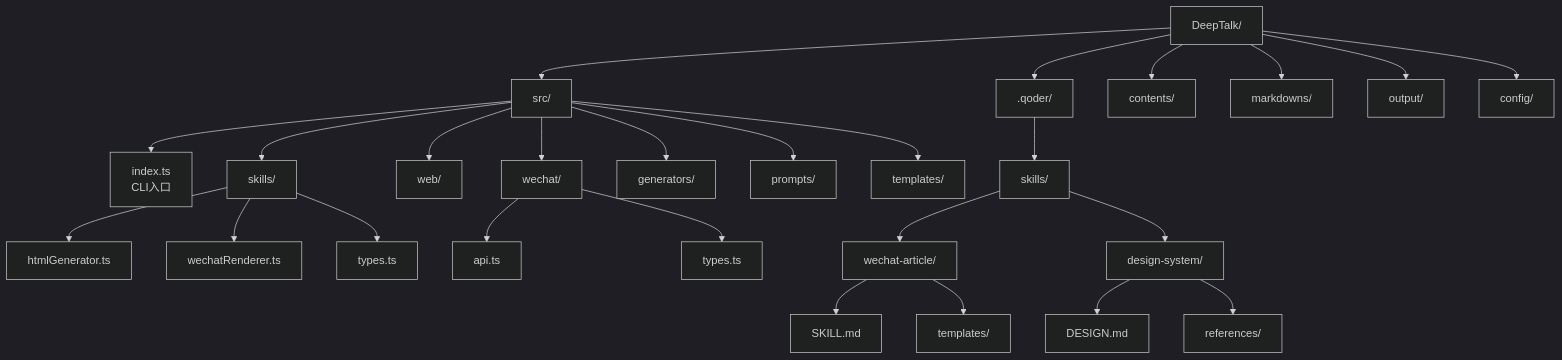
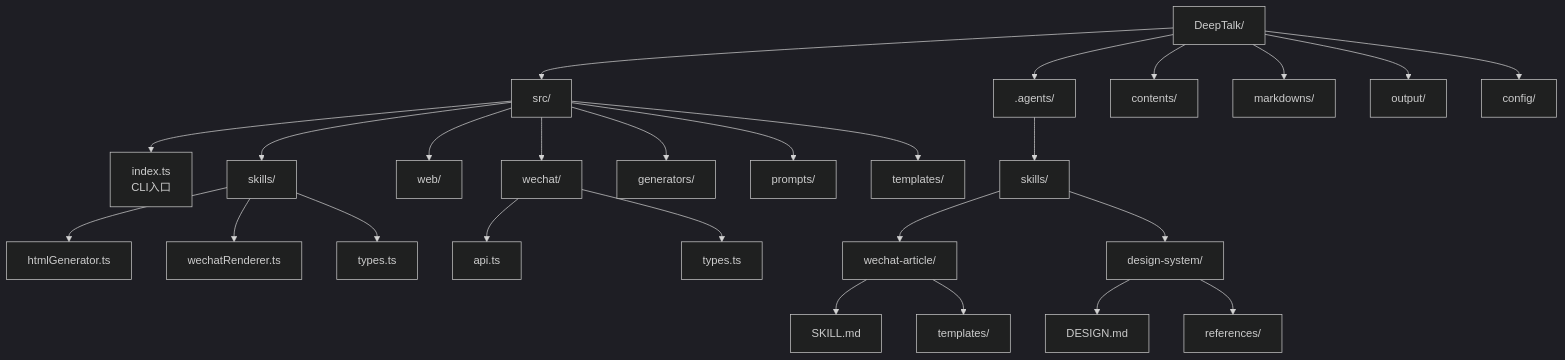
The fourth of 6 diagrams in ARCHITECTURE.md (honwhy/DeepTalk), drawn with Mermaid (dark theme) before and after one commit. The commit also changed other lines of this file and 4 other files, not shown here.

````diff
--- a/ARCHITECTURE.md
+++ b/ARCHITECTURE.md
@@ -142,34 +142,34 @@
 ```mermaid
 graph TD
     ROOT[DeepTalk/] --> SRC[src/]
-    ROOT --> QODER[.qoder/]
+    ROOT --> QODER[.agents/]
     ROOT --> CONTENTS[contents/]
     ROOT --> MARKDOWNS[markdowns/]
     ROOT --> OUTPUT[output/]
     ROOT --> CONFIG[config/]
 
     SRC --> INDEX[index.ts<br/>CLI入口]
     SRC --> SKILLS[skills/]
     SRC --> WEB[web/]
     SRC --> WECHAT[wechat/]
     SRC --> GENERATORS[generators/]
     SRC --> PROMPTS[prompts/]
     SRC --> TEMPLATES[templates/]
 
     SKILLS --> HTML_GEN[htmlGenerator.ts]
     SKILLS --> WC_RENDER[wechatRenderer.ts]
     SKILLS --> TYPES[types.ts]
 
     WECHAT --> API[api.ts]
     WECHAT --> TYPES_WC[types.ts]
 
     QODER --> SKILLS_DIR[skills/]
     SKILLS_DIR --> WC_SKILL[wechat-article/]
     SKILLS_DIR --> DESIGN_SKILL[design-system/]
 
     WC_SKILL --> SKILL_MD[SKILL.md]
     WC_SKILL --> TEMPLATES_WC[templates/]
 
     DESIGN_SKILL --> DESIGN_MD[DESIGN.md]
     DESIGN_SKILL --> REFS[references/]
 ```
````
